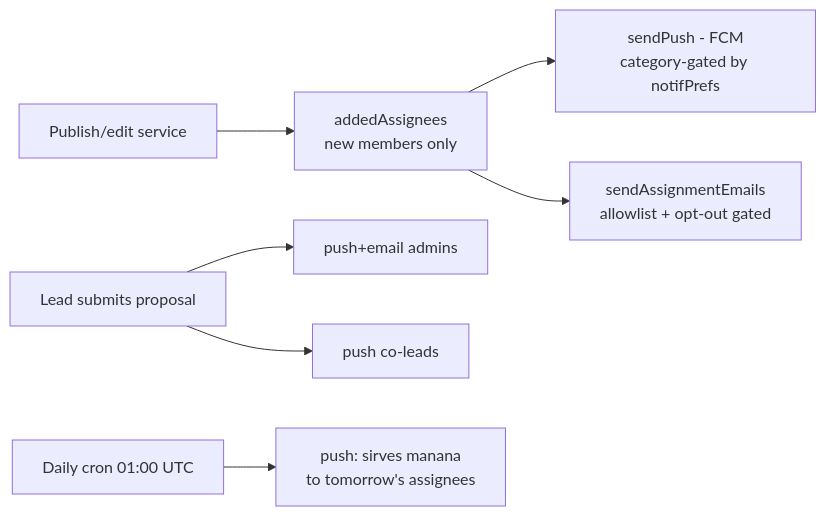
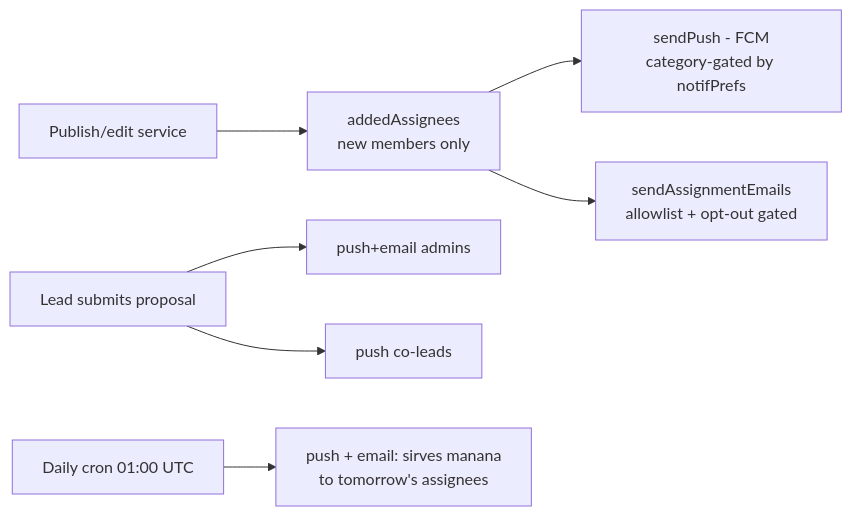
One commit to FrankERP/owt-kb-v1 changed the fourth of 4 diagrams in docs/ARCHITECTURE.md. Above: the diagram before and after it, drawn with Mermaid. The commit also changed 9 other files, not shown here.

````diff
--- a/docs/ARCHITECTURE.md
+++ b/docs/ARCHITECTURE.md
@@ -433,9 +433,9 @@
 ```mermaid
 flowchart LR
   Publish[Publish/edit service] --> Added[addedAssignees\nnew members only]
   Added --> Push[sendPush - FCM\ncategory-gated by notifPrefs]
   Added --> Email[sendAssignmentEmails\nallowlist + opt-out gated]
   Propose[Lead submits proposal] --> NotifyAdmins[push+email admins]
   Propose --> NotifyCoLeads[push co-leads]
-  Cron[Daily cron 01:00 UTC] --> Reminder[push: sirves manana\nto tomorrow's assignees]
+  Cron[Daily cron 01:00 UTC] --> Reminder[push + email: sirves manana\nto tomorrow's assignees]
 ```
````
